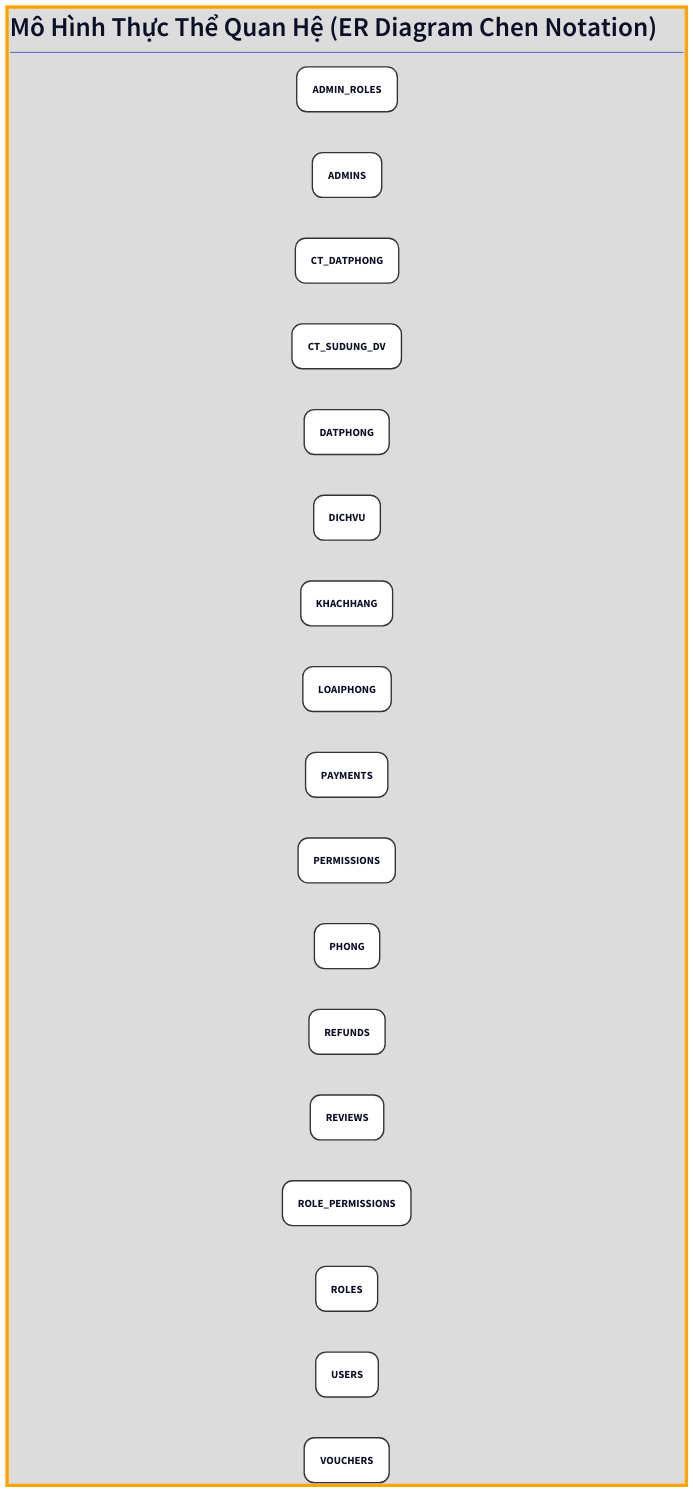
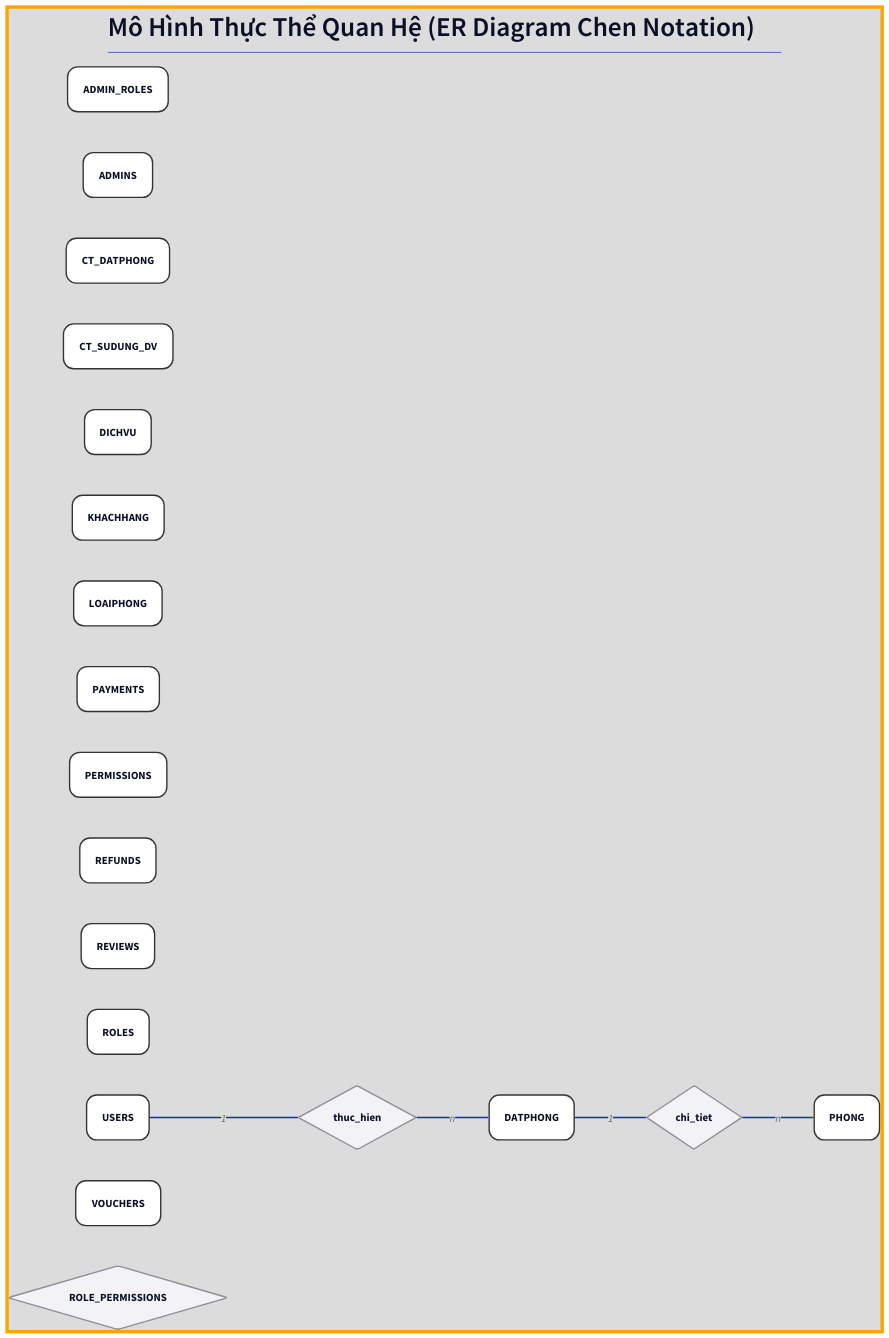
One commit to sam-uit/ie103-project-report changed the diagram in report/content/diagrams/er.d2. Above: the diagram before and after it, drawn with D2.

```diff
--- a/report/content/diagrams/er.d2
+++ b/report/content/diagrams/er.d2
@@ -83,10 +83,19 @@
 PHONG: {class: entity}
 REFUNDS: {class: entity}
 REVIEWS: {class: entity}
-ROLE_PERMISSIONS: {class: entity}
 ROLES: {class: entity}
 USERS: {class: entity}
 VOUCHERS: {class: entity}
+
+ROLE_PERMISSIONS: {class: rel}
+thuc_hien: {class: rel}
+chi_tiet: {class: rel}
+
+USERS -- thuc_hien: 1
+thuc_hien -- DATPHONG: n
+
+DATPHONG -- chi_tiet: 1
+chi_tiet -- PHONG: n
 
 # === AUTH SYSTEM ===
 # admins: {class: entity}
```
